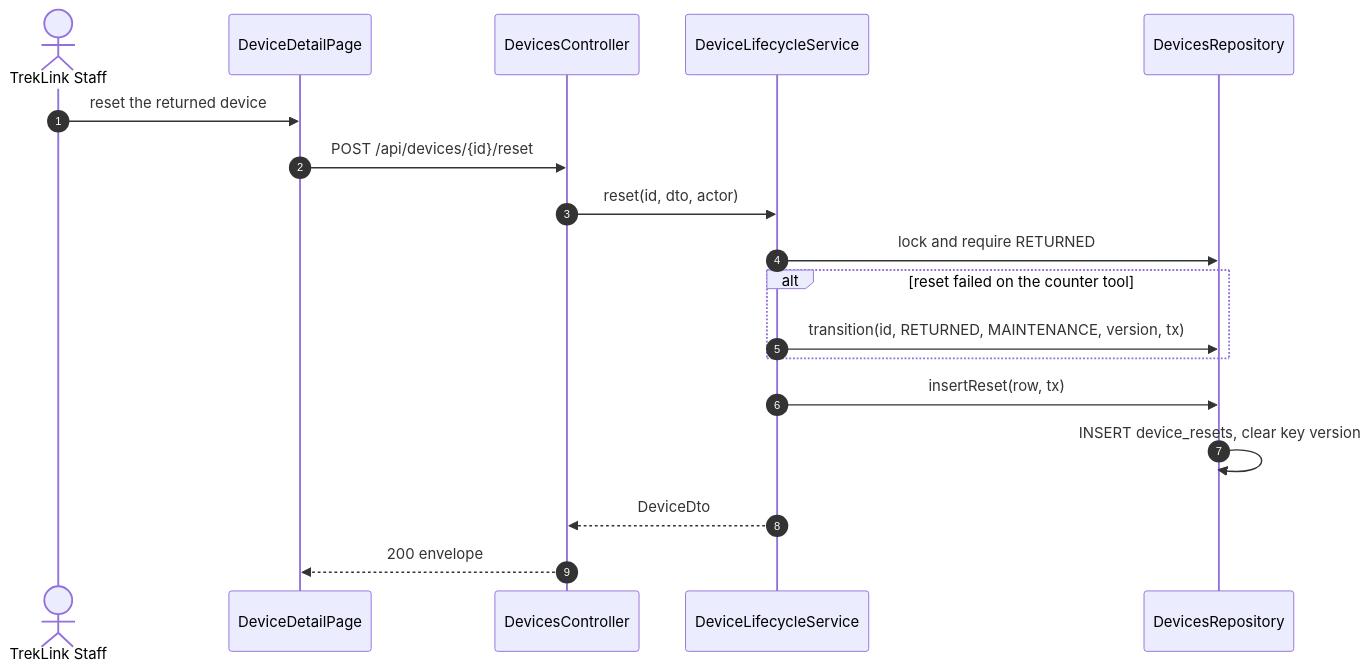
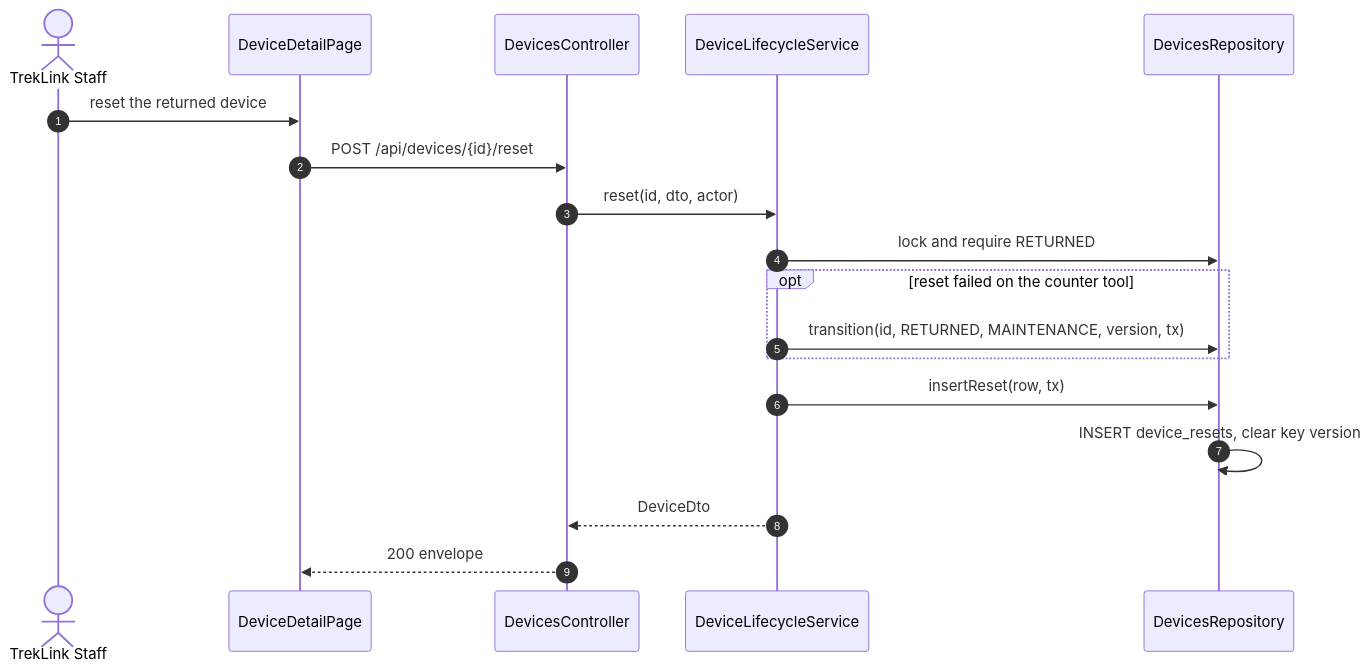
Before and after one commit to TrekLink-Team/treklink-web: the seventh of 18 diagrams in specs/devices/design.md, drawn with Mermaid. The commit also changed other lines of this file and 39 other files, not shown here.

First line of the commit message:
docs: design periodic maintenance (D-047) and apply the SDD sequence conventions

````diff
--- a/specs/devices/design.md
+++ b/specs/devices/design.md
@@ -231,20 +270,20 @@
 ```mermaid
 sequenceDiagram
     autonumber
     actor St as TrekLink Staff
     participant P as DeviceDetailPage
     participant C as DevicesController
     participant L as DeviceLifecycleService
     participant R as DevicesRepository
     St->>P: reset the returned device
     P->>C: POST /api/devices/{id}/reset
     C->>L: reset(id, dto, actor)
     L->>R: lock and require RETURNED
-    alt reset failed on the counter tool
+    opt reset failed on the counter tool
         L->>R: transition(id, RETURNED, MAINTENANCE, version, tx)
     end
     L->>R: insertReset(row, tx)
     R->>R: INSERT device_resets, clear key version
     L-->>C: DeviceDto
     C-->>P: 200 envelope
 ```
````
